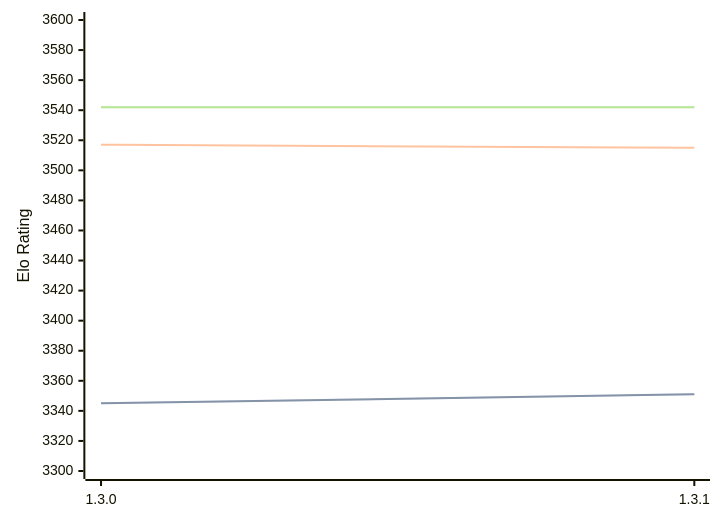
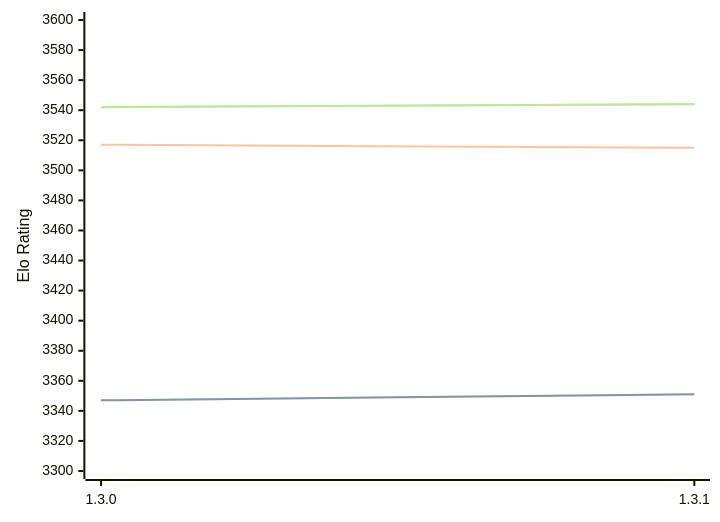
The diagram in engines/Renegade.md (computer-chess-index/cci), drawn with Mermaid before and after one commit. The commit also changed other lines of this file, not shown here.

Commit message:
Update CCI Ratings (ELO VLTC) - 2026-09-09

````diff
--- a/engines/Renegade.md
+++ b/engines/Renegade.md
@@ -33,11 +33,11 @@
 ```mermaid
 %%{init: {"theme":"base","themeVariables":{"seriesColors:['#a3a3a3','#222221','#faa371']}}}%%
 xychart-beta
   x-axis ["1.3.0", "1.3.1"]
   y-axis "Elo Rating" 3300 --> 3600
-  line "" [3345, 3351]
-  line "STC (8.0+0.08s)" [3345, 3351]
+  line "" [3347, 3351]
+  line "STC (8.0+0.08s)" [3347, 3351]
   line "LTC (60.0+0.60s)" [3517, 3515]
-  line "" [3542, 3542]
-  line "VLTC (2m24s+1.12s)" [3542, 3542]
+  line "" [3542, 3544]
+  line "VLTC (2m24s+1.12s)" [3542, 3544]
 ```
````
